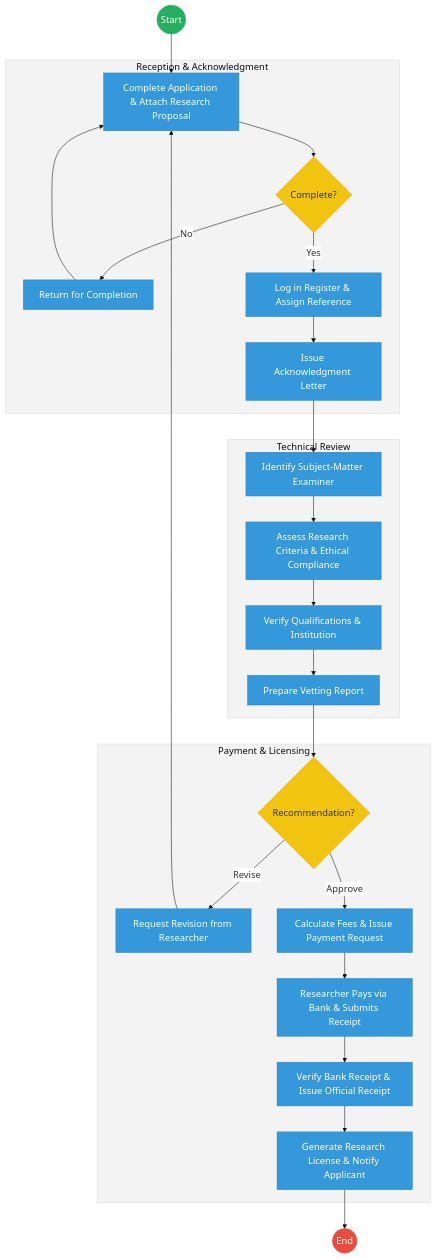
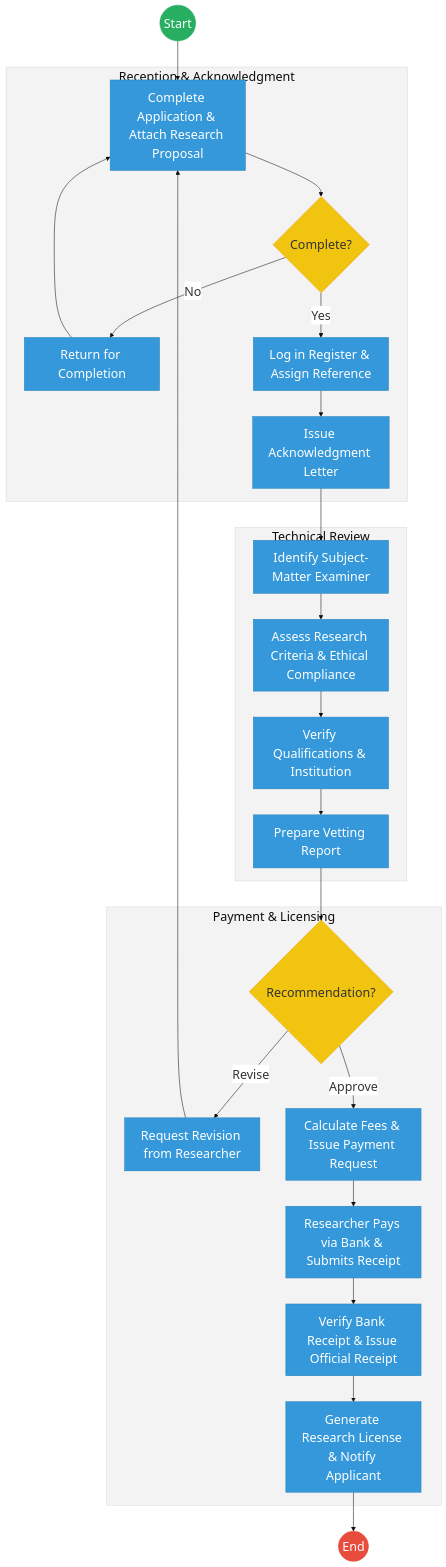
One commit to BITZ-IT-Consulting-LTD/ictapoc changed the first of 2 diagrams in mdas/docs_final/priority_mdas/National_Commission_For_Science_Technology_and_Innovation___Service_Delivery.md. Above: the diagram before and after it, drawn with Mermaid. The commit also changed other lines of this file and 196 other files, not shown here.

````diff
--- a/mdas/docs_final/priority_mdas/National_Commission_For_Science_Technology_and_Innovation___Service_Delivery.md
+++ b/mdas/docs_final/priority_mdas/National_Commission_For_Science_Technology_and_Innovation___Service_Delivery.md
@@ -24,45 +24,45 @@
 ```mermaid
-%%{init: { 'theme': 'base', 'themeVariables': { 'fontSize': '18px', 'fontFamily': 'Inter, system-ui, sans-serif', 'primaryColor': '#ffffff', 'edgeLabelBackground':'#ffffff', 'tertiaryColor': '#f3f3f3', 'mainBkg': '#ffffff', 'nodeBorder': '#333333' } } }%%
+%%{init: { 'theme': 'base', 'themeVariables': { 'fontSize': '24px', 'fontFamily': 'Inter, system-ui, sans-serif', 'primaryColor': '#ffffff', 'edgeLabelBackground':'#ffffff', 'tertiaryColor': '#f3f3f3', 'mainBkg': '#ffffff', 'nodeBorder': '#333333' } } }%%
 graph TD
     Start((Start)) --> Submit["Complete Application & Attach Research Proposal"]
     
     subgraph Intake["Reception & Acknowledgment"]
         Submit --> Comp{"Complete?"}
         Comp -- "No" --> Return["Return for Completion"]
         Return --> Submit
         
         Comp -- "Yes" --> Log["Log in Register & Assign Reference"]
         Log --> Acknowledge["Issue Acknowledgment Letter"]
     end
     
     subgraph Vetting["Technical Review"]
         Acknowledge --> Identify["Identify Subject-Matter Examiner"]
         Identify --> Assess["Assess Research Criteria & Ethical Compliance"]
         Assess --> Verify["Verify Qualifications & Institution"]
         Verify --> Report["Prepare Vetting Report"]
     end
     
     subgraph Approval["Payment & Licensing"]
         Report --> Recommend{"Recommendation?"}
         
         Recommend -- "Revise" --> ReqRev["Request Revision from Researcher"]
         ReqRev --> Submit
         
         Recommend -- "Approve" --> PayReq["Calculate Fees & Issue Payment Request"]
         PayReq --> ResearcherPay["Researcher Pays via Bank & Submits Receipt"]
         
         ResearcherPay --> VerifyPay["Verify Bank Receipt & Issue Official Receipt"]
         VerifyPay --> GenLicense["Generate Research License & Notify Applicant"]
     end
     
     GenLicense --> End((End))
 
-    classDef start fill:#27ae60,stroke:#27ae60,color:#fff;
-    classDef endNode fill:#e74c3c,stroke:#e74c3c,color:#fff;
-    classDef userTask fill:#3498db,stroke:#2980b9,color:#fff;
-    classDef gateway fill:#f1c40f,stroke:#f39c12,color:#333;
+    classDef start fill:#27ae60,stroke:#27ae60,color:#fff,font-size:24px,font-size:24px;;
+    classDef endNode fill:#e74c3c,stroke:#e74c3c,color:#fff,font-size:24px,font-size:24px;;
+    classDef userTask fill:#3498db,stroke:#2980b9,color:#fff,font-size:24px,font-size:24px;;
+    classDef gateway fill:#f1c40f,stroke:#f39c12,color:#333,font-size:24px,font-size:24px;;
     class Start start;
     class End endNode;
     class Comp,Recommend gateway;
     class Submit,Return,Log,Acknowledge,Identify,Assess,Verify,Report,ReqRev,PayReq,ResearcherPay,VerifyPay,GenLicense userTask;
 ```
````
